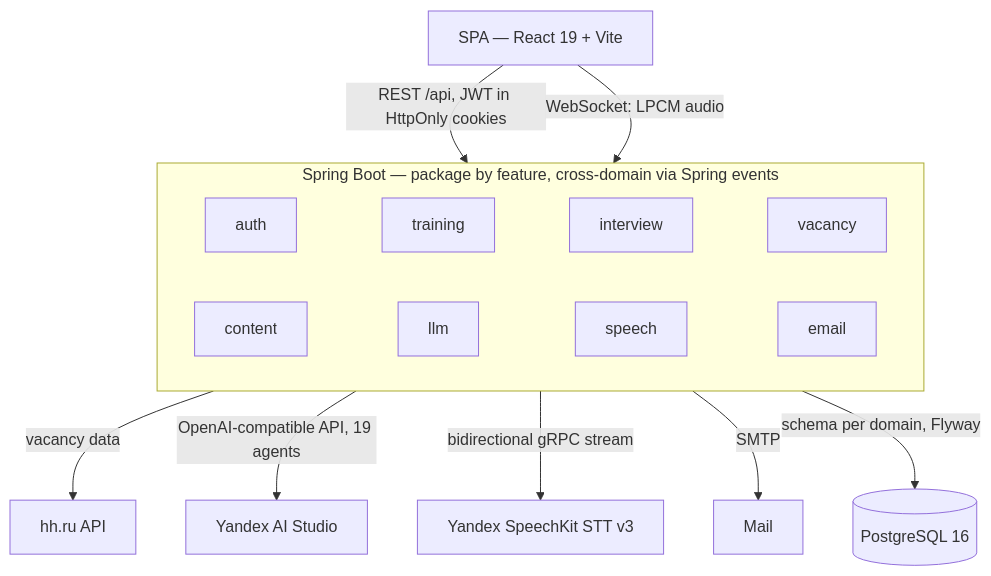
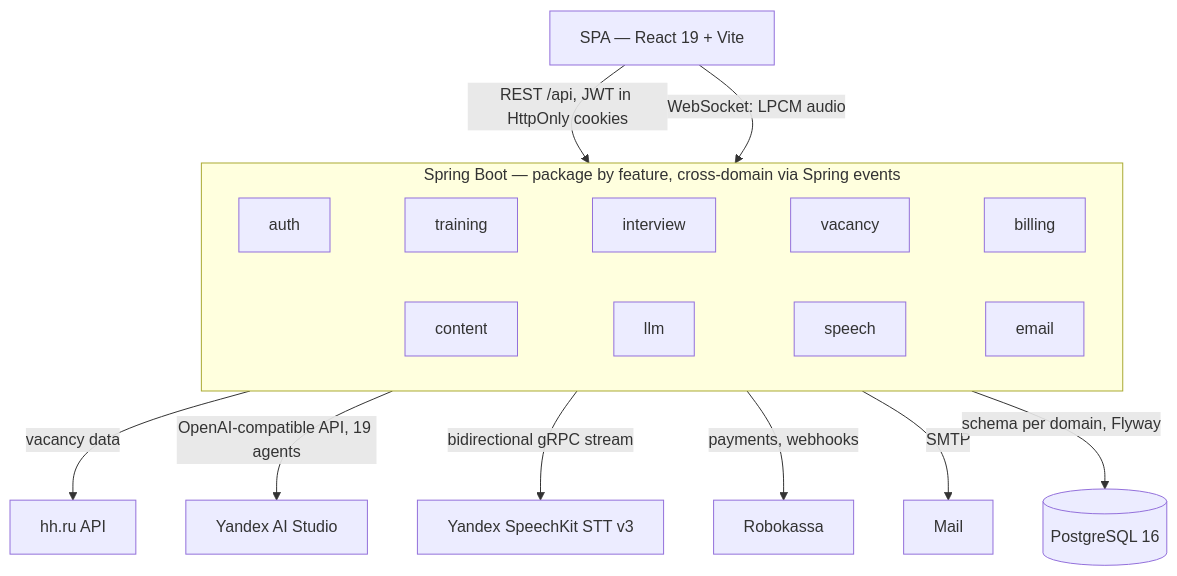
The first of 2 diagrams in README.md (Alextrusk27/workbit), drawn with Mermaid before and after one commit. The commit also changed other lines of this file and 12 other files, not shown here.

````diff
--- a/README.md
+++ b/README.md
@@ -143,18 +129,19 @@
 ```mermaid
 flowchart TB
     SPA["SPA — React 19 + Vite"]
     SPA -->|"REST /api, JWT in HttpOnly cookies"| BE
     SPA -->|"WebSocket: LPCM audio"| BE
 
     subgraph BE["Spring Boot — package by feature, cross-domain via Spring events"]
         direction LR
-        auth ~~~ training ~~~ interview ~~~ vacancy
+        auth ~~~ training ~~~ interview ~~~ vacancy ~~~ billing
         content ~~~ llm ~~~ speech ~~~ email
     end
 
     BE -->|"schema per domain, Flyway"| PG[("PostgreSQL 16")]
     vacancy -->|"vacancy data"| HH["hh.ru API"]
     llm -->|"OpenAI-compatible API, 19 agents"| YA["Yandex AI Studio"]
     speech -->|"bidirectional gRPC stream"| STT["Yandex SpeechKit STT v3"]
+    billing -->|"payments, webhooks"| RK["Robokassa"]
     email -->|"SMTP"| MX["Mail"]
 ```
````
